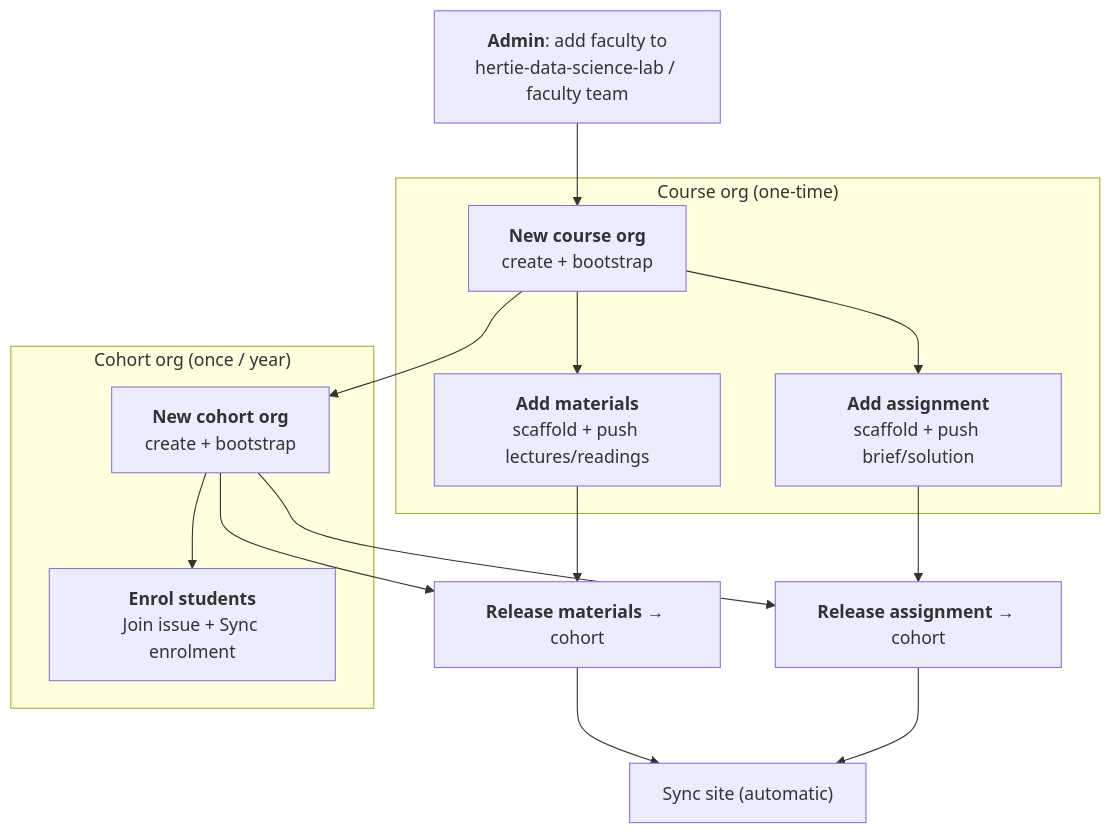
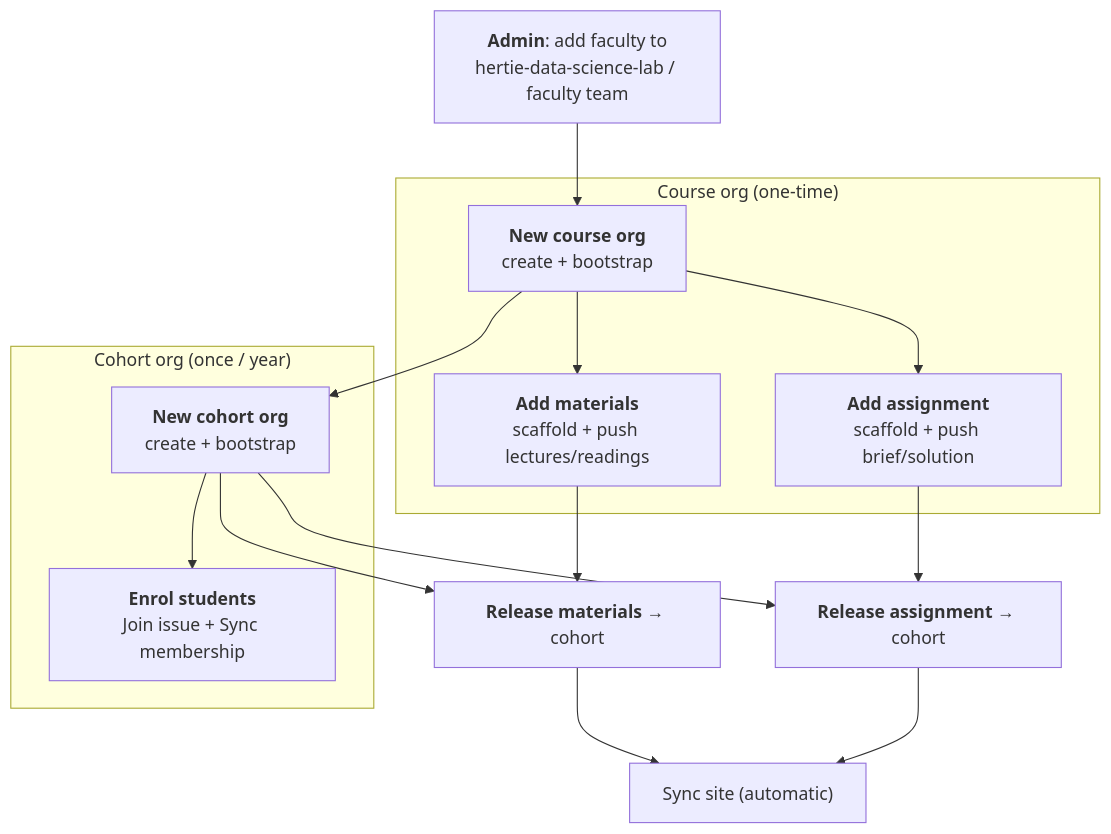
The diagram in docs/faculty/README.md (hertie-data-science-lab/dsl-teaching-course-setup), drawn with Mermaid before and after one commit. The commit also changed other lines of this file and 48 other files, not shown here.

````diff
--- a/docs/faculty/README.md
+++ b/docs/faculty/README.md
@@ -26,26 +26,26 @@
 ```mermaid
 flowchart TD
   A["<b>Admin</b>: add faculty to<br/>hertie-data-science-lab / faculty team"] --> B
 
   subgraph COURSE["Course org (one-time)"]
     B["<b>New course org</b><br/>create + bootstrap"]
     C["<b>Add materials</b><br/>scaffold + push lectures/readings"]
     D["<b>Add assignment</b><br/>scaffold + push brief/solution"]
     B --> C
     B --> D
   end
 
   subgraph COHORT["Cohort org (once / year)"]
     E["<b>New cohort org</b><br/>create + bootstrap"]
-    F["<b>Enrol students</b><br/>Join issue + Sync enrolment"]
+    F["<b>Enrol students</b><br/>Join issue + Sync membership"]
     E --> F
   end
 
   B --> E
   C --> G["<b>Release materials</b> → cohort"]
   D --> H["<b>Release assignment</b> → cohort"]
   E --> G
   E --> H
   G --> I["Sync site (automatic)"]
   H --> I
 ```
````
